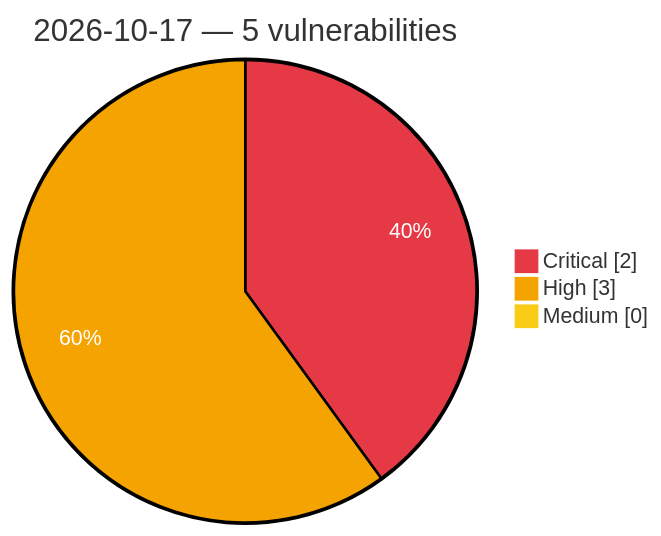
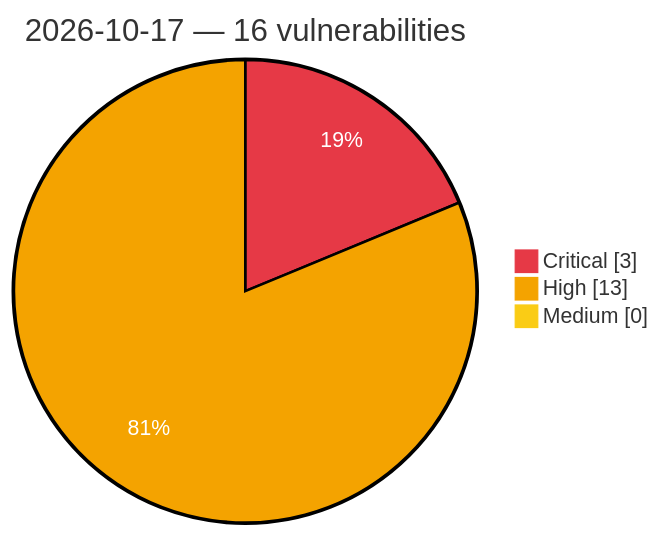
Before and after one commit to GhostX0X/vuln-tracker: the diagram in vulnerabilities/2026/October/2026-10-17.md, drawn with Mermaid. The commit also changed other lines of this file and 5 other files, not shown here.

Commit message:
Auto update: critical/high vulns (2026-10-17 20:06 UTC)

````diff
--- a/vulnerabilities/2026/October/2026-10-17.md
+++ b/vulnerabilities/2026/October/2026-10-17.md
@@ -3,8 +3,8 @@
 ```mermaid
 %%{init: {'theme':'base', 'themeVariables': {'pie1':'#e63946', 'pie2':'#f4a300', 'pie3':'#facc15', 'pieOpacity':'1', 'pieOuterStrokeWidth':'2px', 'pieSectionTextColor':'#ffffff'}}}%%
 pie showData
-    title 2026-10-17 — 5 vulnerabilities
-    "Critical" : 2
-    "High" : 3
+    title 2026-10-17 — 16 vulnerabilities
+    "Critical" : 3
+    "High" : 13
     "Medium" : 0
 ```
````
